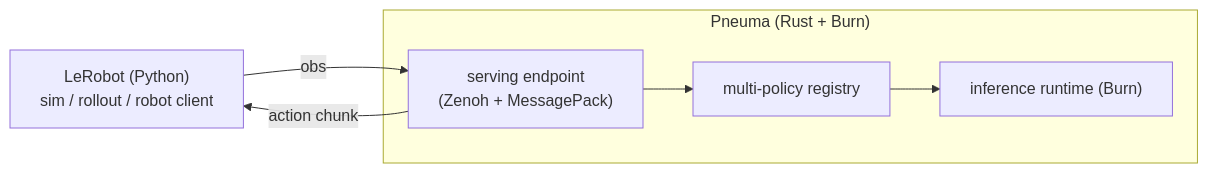
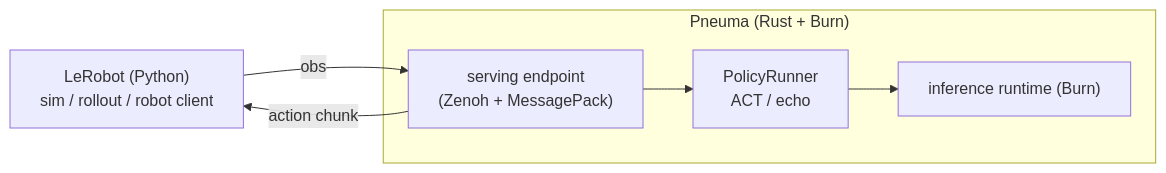
The first of 2 diagrams in README.md (ptrdlr14/pneuma), drawn with Mermaid before and after one commit. The commit also changed other lines of this file and 21 other files, not shown here.

````diff
--- a/README.md
+++ b/README.md
@@ -65,13 +65,13 @@
 ```mermaid
 flowchart LR
     lr["LeRobot (Python)<br/>sim / rollout / robot client"]
     subgraph pneuma ["Pneuma (Rust + Burn)"]
         serving["serving endpoint<br/>(Zenoh + MessagePack)"]
-        registry["multi-policy registry"]
+        policy["PolicyRunner<br/>ACT / echo"]
         runtime["inference runtime (Burn)"]
-        serving --> registry
-        registry --> runtime
+        serving --> policy
+        policy --> runtime
     end
     lr -- "obs" --> serving
     serving -- "action chunk" --> lr
 ```
````
